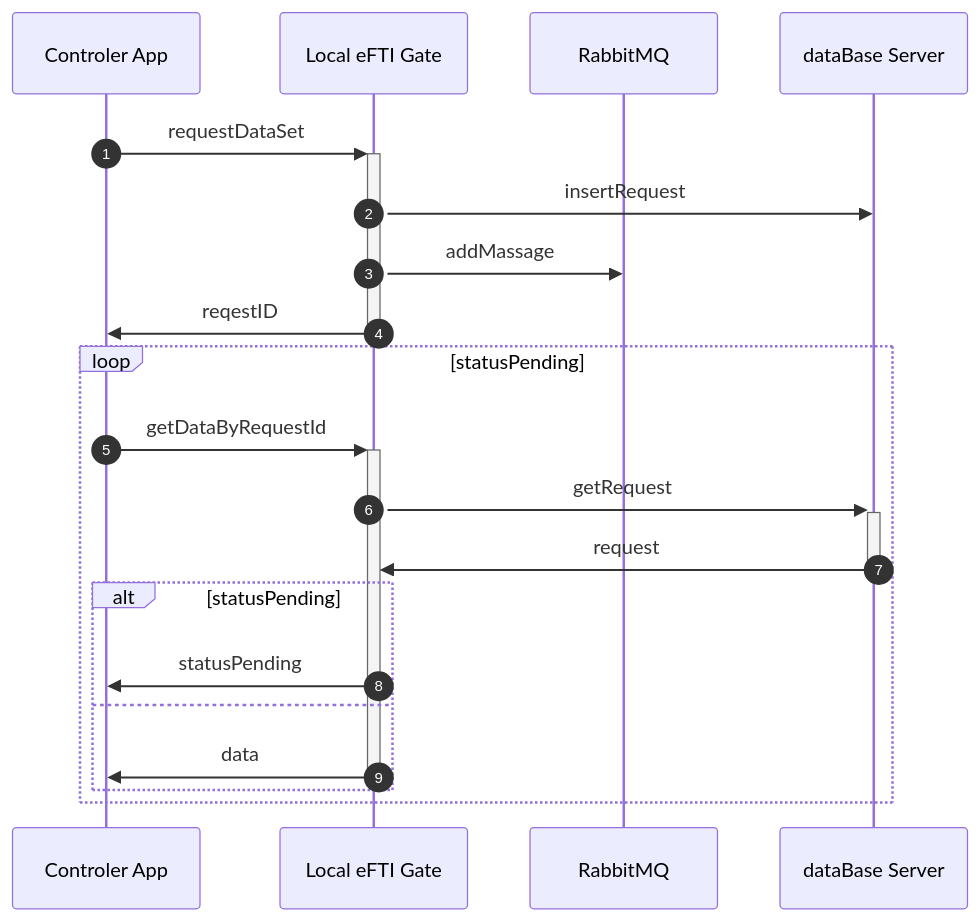
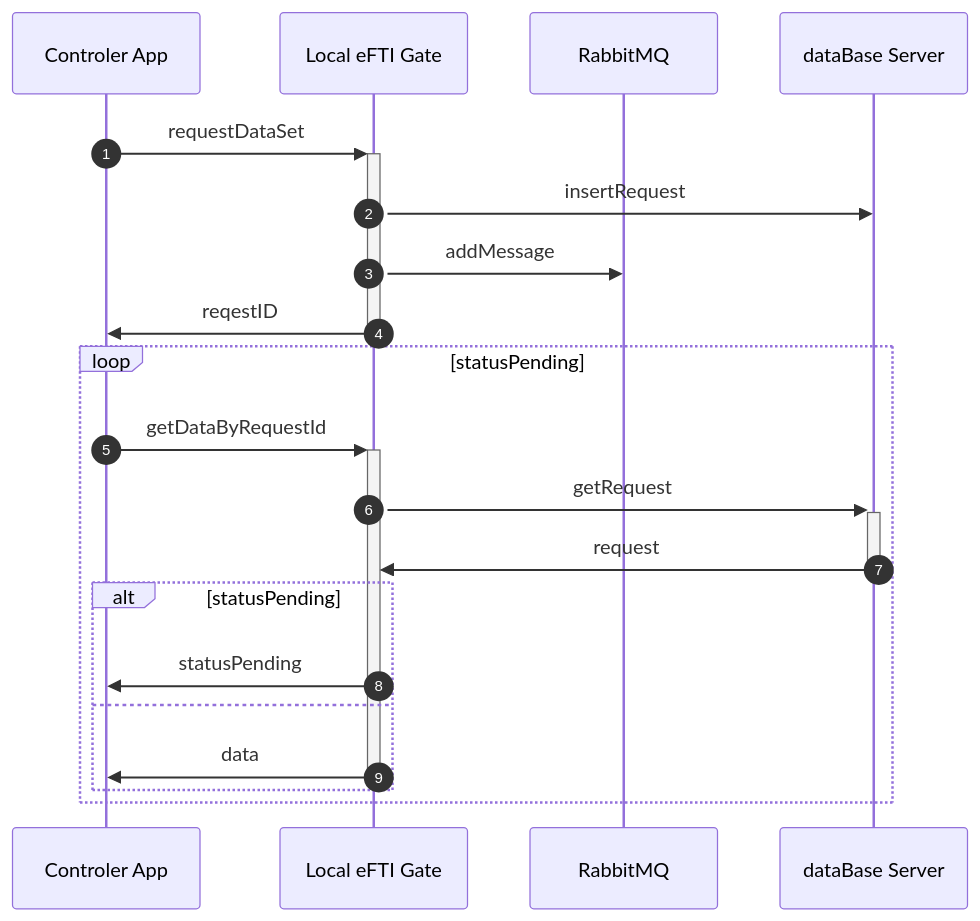
One commit to EFTI4EU/reference-implementation changed the third of 4 diagrams in implementation/README.md. Above: the diagram before and after it, drawn with Mermaid. The commit also changed other lines of this file and 2 other files, not shown here.

````diff
--- a/implementation/README.md
+++ b/implementation/README.md
@@ -124,24 +124,24 @@
 ```mermaid
 sequenceDiagram
     autonumber
     participant app as Controler App
     participant gate as Local eFTI Gate
     participant mq as RabbitMQ
     participant db as dataBase Server
 
     app->>+gate: requestDataSet
     gate->>db: insertRequest
-    gate->>mq: addMassage
+    gate->>mq: addMessage
     gate->>-app: reqestID
 
     loop statusPending
         app->>+gate: getDataByRequestId
         gate->>+db: getRequest
         db->>-gate: request
         alt statusPending
             gate->>app: statusPending
         else
             gate->>-app: data
         end
     end
 ```
````
